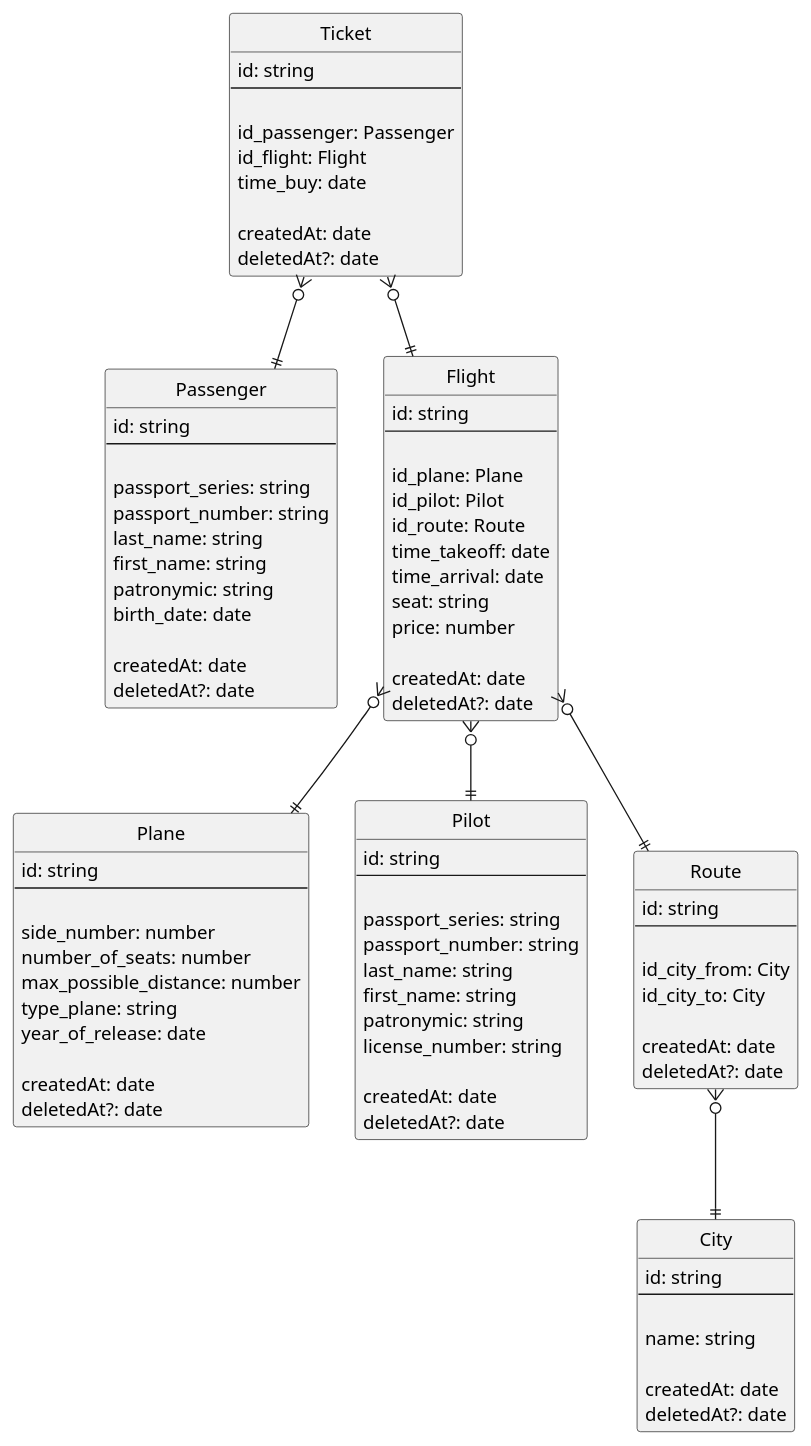
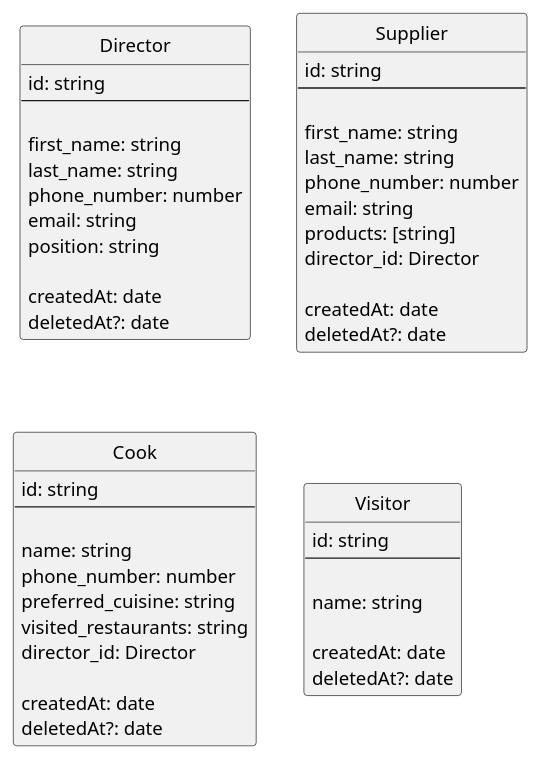
Before and after one commit to Stephan-Neo/SUBD: the diagram in db.plantuml, drawn with PlantUML.

Commit message:
feat: edit db plantuml

```diff
--- a/db.plantuml
+++ b/db.plantuml
@@ -1,112 +1,65 @@
 @startuml
 
 ' hide "E" circle
 hide circle
 
 ' straight arrows
 ' skinparam linetype ortho
 
-entity Passenger {
+entity Director {
   id: string
   --
 
-  passport_series: string
-  passport_number: string
+  first_name: string
   last_name: string
-  first_name: string
-  patronymic: string
-  birth_date: date
+  phone_number: number
+  email: string
+  position: string
 
   createdAt: date
   deletedAt?: date
 }
 
 
-entity Plane {
+entity Supplier {
   id: string
   --
 
-  side_number: number
-  number_of_seats: number
-  max_possible_distance: number
-  type_plane: string
-  year_of_release: date
+  first_name: string
+  last_name: string
+  phone_number: number
+  email: string
+  products: [string]
+  director_id: Director
 
   createdAt: date
   deletedAt?: date
 }
 
 
-entity Pilot {
+entity Cook {
   id: string
   --
 
-  passport_series: string
-  passport_number: string
-  last_name: string
-  first_name: string
-  patronymic: string
-  license_number: string
+  name: string
+  phone_number: number
+  preferred_cuisine: string
+  visited_restaurants: string
+  director_id: Director
 
   createdAt: date
   deletedAt?: date
 }
 
 
-entity City {
+entity Visitor {
   id: string
   --
 
   name: string
 
   createdAt: date
   deletedAt?: date
 }
 
-
-entity Route {
-  id: string
-  --
-
-  id_city_from: City
-  id_city_to: City
-
-  createdAt: date
-  deletedAt?: date
-}
-Route }o--|| City
-
-entity Flight {
-  id: string
-  --
-
-  id_plane: Plane
-  id_pilot: Pilot
-  id_route: Route
-  time_takeoff: date
-  time_arrival: date
-  seat: string
-  price: number
-
-  createdAt: date
-  deletedAt?: date
-}
-Flight }o--|| Plane
-Flight }o--|| Pilot
-Flight }o--|| Route
-
-entity Ticket {
-  id: string
-  --
-
-  id_passenger: Passenger
-  id_flight: Flight
-  time_buy: date
-
-  createdAt: date
-  deletedAt?: date
-}
-Ticket }o--|| Passenger
-Ticket }o--|| Flight
-
 @enduml
```
